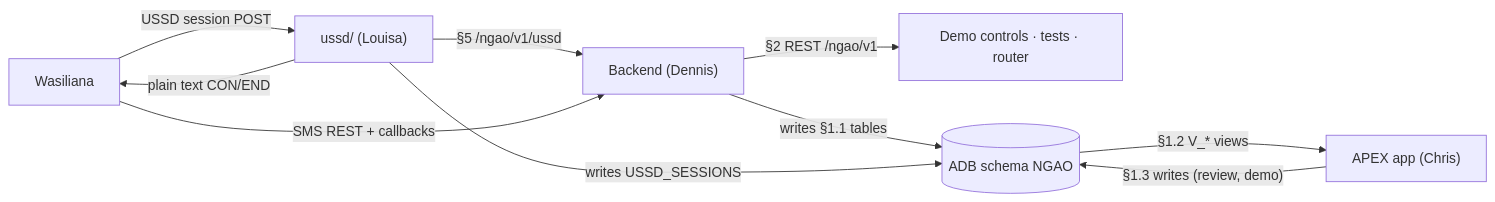
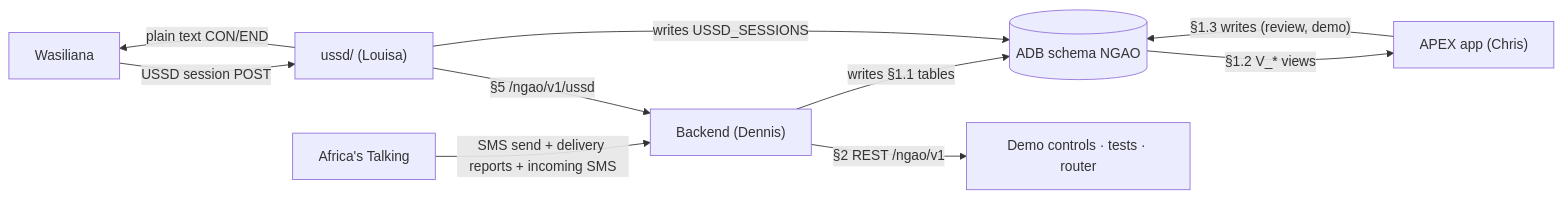
Before and after one commit to ChristopherKiokoStrathmore/DrainSense-Global: the diagram in docs/API_CONTRACT.md, drawn with Mermaid. The commit also changed other lines of this file and 24 other files, not shown here.

````diff
--- a/docs/API_CONTRACT.md
+++ b/docs/API_CONTRACT.md
@@ -7,12 +7,12 @@
 ```mermaid
 flowchart LR
   WA["Wasiliana"] -- "USSD session POST" --> US["ussd/ (Louisa)"]
   US -- "plain text CON/END" --> WA
   US -- "§5 /ngao/v1/ussd" --> BE["Backend (Dennis)"]
-  WA -- "SMS REST + callbacks" --> BE
+  AT["Africa's Talking"] -- "SMS send + delivery reports + incoming SMS" --> BE
   BE -- "§2 REST /ngao/v1" --> X["Demo controls · tests · router"]
   BE -- "writes §1.1 tables" --> DB[("ADB schema NGAO")]
   US -- "writes USSD_SESSIONS" --> DB
   DB -- "§1.2 V_* views" --> APEX["APEX app (Chris)"]
   APEX -- "§1.3 writes (review, demo)" --> DB
 ```
````
